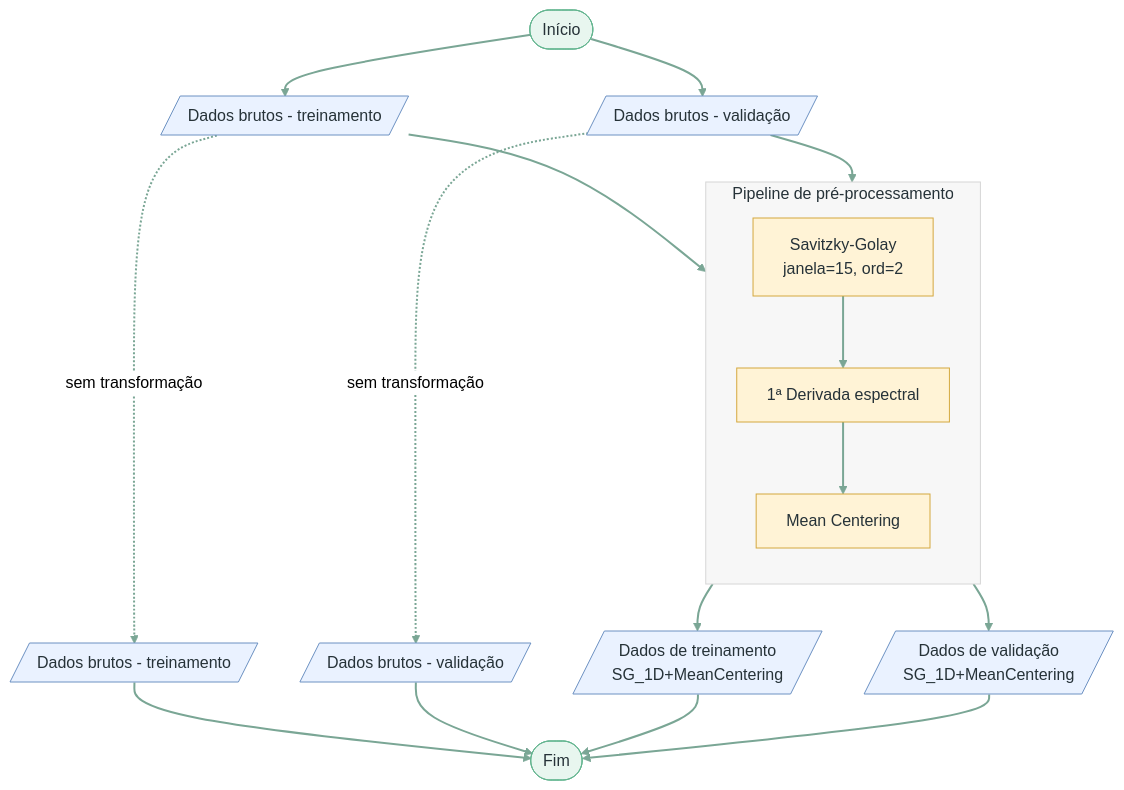
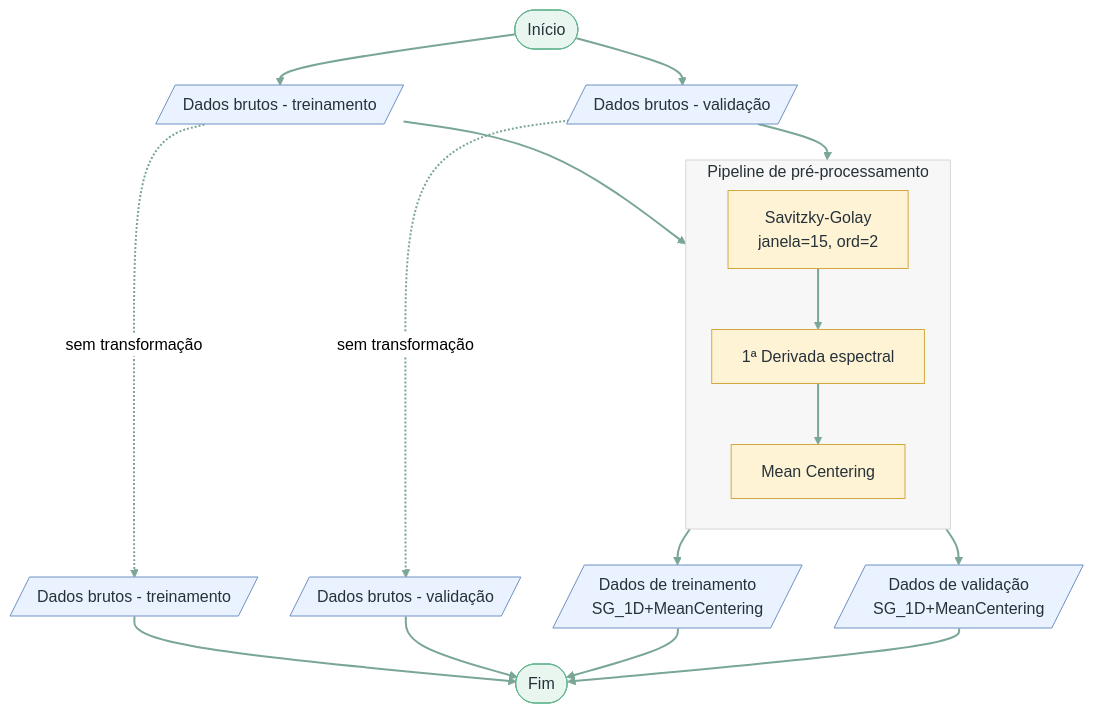
Before and after one commit to A-malta/coffee-nir-quality: the diagram in docs/02_preprocessamento.md, drawn with Mermaid. The commit also changed 8 other files, not shown here.

````diff
--- a/docs/02_preprocessamento.md
+++ b/docs/02_preprocessamento.md
@@ -1,49 +1,49 @@
 ```mermaid
 ---
 config:
   theme: neutral
   look: classic
   flowchart:
     curve: basis
-    nodeSpacing: 42
-    rankSpacing: 47
+    nodeSpacing: 32
+    rankSpacing: 36
 ---
 flowchart TB
     subgraph PIPE["Pipeline de pré-processamento"]
         direction TB
         SG[Savitzky-Golay<br/>janela=15, ord=2]
         D1[1ª Derivada espectral]
         MC[Mean Centering]
 
         SG --> D1
         D1 --> MC
     end
 
     A([Início]) --> B[/Dados brutos - treinamento/]
     A --> C[/Dados brutos - validação/]
 
     B --> SG
     C --> SG
 
     B -. sem transformação .-> D[/Dados brutos - treinamento/]
     C -. sem transformação .-> E[/Dados brutos - validação/]
 
     MC --> F[/Dados de treinamento<br/>SG_1D+MeanCentering/]
     MC --> G[/Dados de validação<br/>SG_1D+MeanCentering/]
 
     D --> H([Fim])
     E --> H
     F --> H
     G --> H
 
     classDef terminador fill:#E8F6EF,stroke:#62B58F,color:#263238
     classDef dados fill:#EAF2FF,stroke:#6C91C2,color:#263238
     classDef processo fill:#FFF3D6,stroke:#D4A83F,color:#263238
 
     class A,H terminador
     class B,C,D,E,F,G dados
     class SG,D1,MC processo
 
     style PIPE fill:#F7F7F7,stroke:#D6D6D6,color:#263238
     linkStyle default stroke:#7AA695,stroke-width:2px
 ```
````
